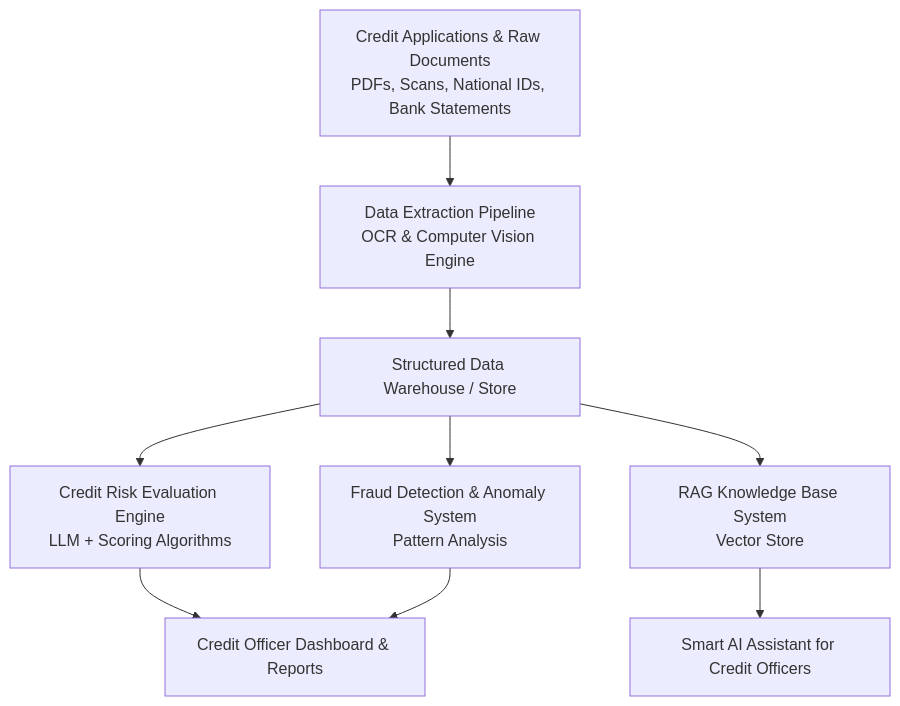
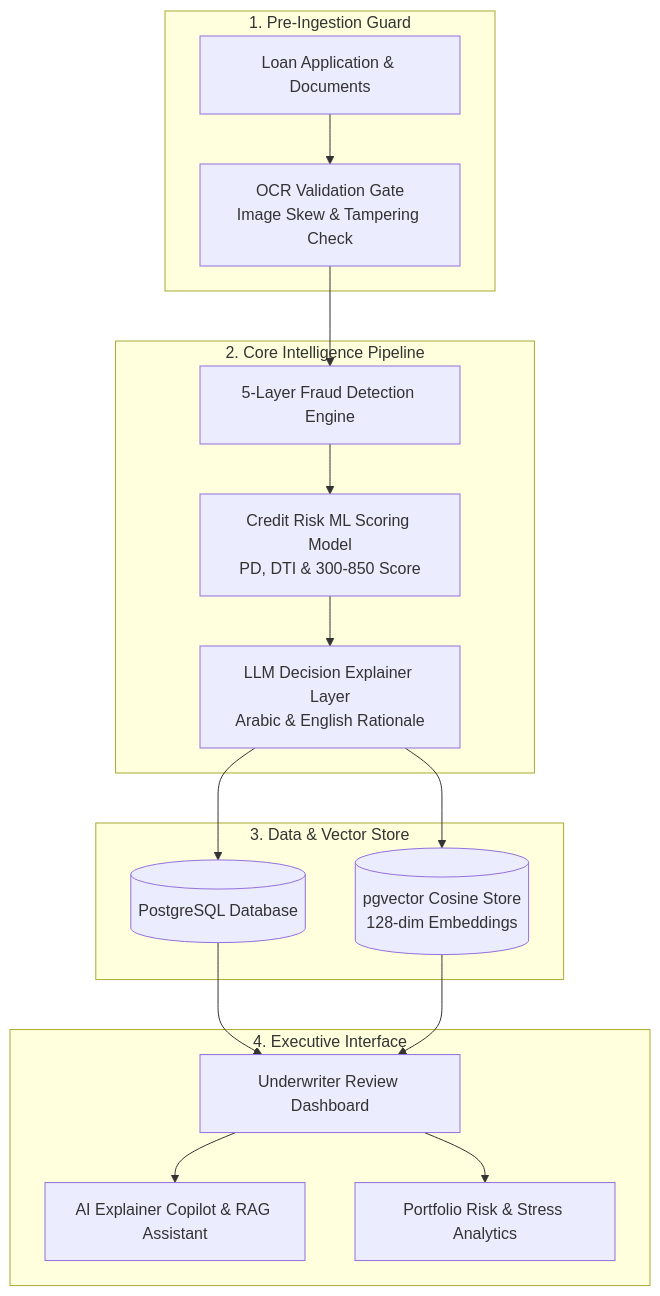
One commit to tasneem33355/CrediX changed the diagram in README.md. Above: the diagram before and after it, drawn with Mermaid. The commit also changed other lines of this file, not shown here.

Commit message:
docs: overhaul README with architecture diagrams, 5-layer fraud engine & microservices ecosystem

````diff
--- a/README.md
+++ b/README.md
@@ -34,11 +31,24 @@
 ```mermaid
 flowchart TD
-    A[Credit Applications & Raw Documents\nPDFs, Scans, National IDs, Bank Statements] --> B[Data Extraction Pipeline\nOCR & Computer Vision Engine]
-    B --> C[Structured Data Warehouse / Store]
-    C --> D[Credit Risk Evaluation Engine\nLLM + Scoring Algorithms]
-    C --> E[Fraud Detection & Anomaly System\nPattern Analysis]
-    C --> F[RAG Knowledge Base System\nVector Store]
-    D --> G[Credit Officer Dashboard & Reports]
-    E --> G
-    F --> H[Smart AI Assistant for Credit Officers]
+    subgraph Ingestion ["1. Pre-Ingestion Guard"]
+        A[Loan Application & Documents] --> B[OCR Validation Gate\nImage Skew & Tampering Check]
+    end
+
+    subgraph Intelligence ["2. Core Intelligence Pipeline"]
+        B --> C[5-Layer Fraud Detection Engine]
+        C --> D[Credit Risk ML Scoring Model\nPD, DTI & 300-850 Score]
+        D --> E[LLM Decision Explainer Layer\nArabic & English Rationale]
+    end
+
+    subgraph Storage ["3. Data & Vector Store"]
+        E --> F[(PostgreSQL Database)]
+        E --> G[(pgvector Cosine Store\n128-dim Embeddings)]
+    end
+
+    subgraph Interface ["4. Executive Interface"]
+        F --> H[Underwriter Review Dashboard]
+        G --> H
+        H --> I[AI Explainer Copilot & RAG Assistant]
+        H --> J[Portfolio Risk & Stress Analytics]
+    end
 ```
````
